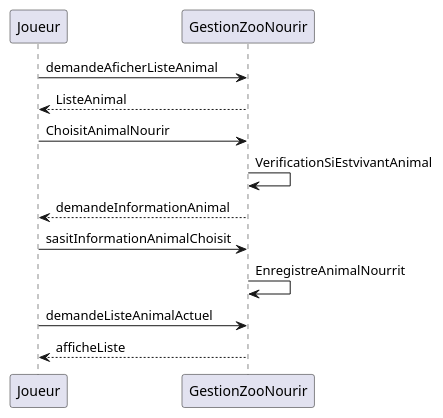
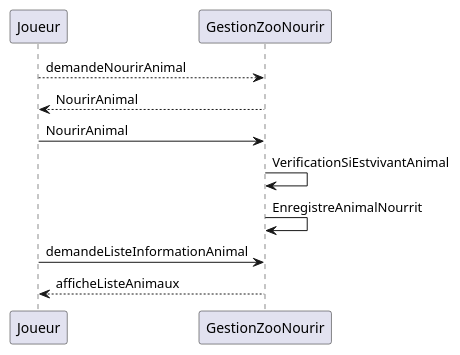
One commit to Idricealy/JeuZoo changed the diagram in src/doc/DiagrameSequenceNourir.md. Above: the diagram before and after it, drawn with PlantUML. The commit also changed 10 other files, not shown here.

Commit message:
diagrmame classe domaine et sequence

```diff
--- a/src/doc/DiagrameSequenceNourir.md
+++ b/src/doc/DiagrameSequenceNourir.md
@@ -1,19 +1,18 @@
 @startuml
 
-Joueur -> GestionZooNourir: demandeAficherListeAnimal
-GestionZooNourir --> Joueur : ListeAnimal
-Joueur -> GestionZooNourir: ChoisitAnimalNourir
+Joueur --> GestionZooNourir: demandeNourirAnimal
+GestionZooNourir --> Joueur : NourirAnimal
+Joueur -> GestionZooNourir: NourirAnimal
 GestionZooNourir ->  GestionZooNourir: VerificationSiEstvivantAnimal
-GestionZooNourir -->  Joueur: demandeInformationAnimal
-Joueur -> GestionZooNourir: sasitInformationAnimalChoisit
+
 GestionZooNourir ->  GestionZooNourir: EnregistreAnimalNourrit
 
-Joueur -> GestionZooNourir: demandeListeAnimalActuel
+Joueur -> GestionZooNourir: demandeListeInformationAnimal
 
-GestionZooNourir -->  Joueur: afficheListe
+GestionZooNourir -->  Joueur: afficheListeAnimaux
 
 	
 	
 	
 
 @enduml
```
